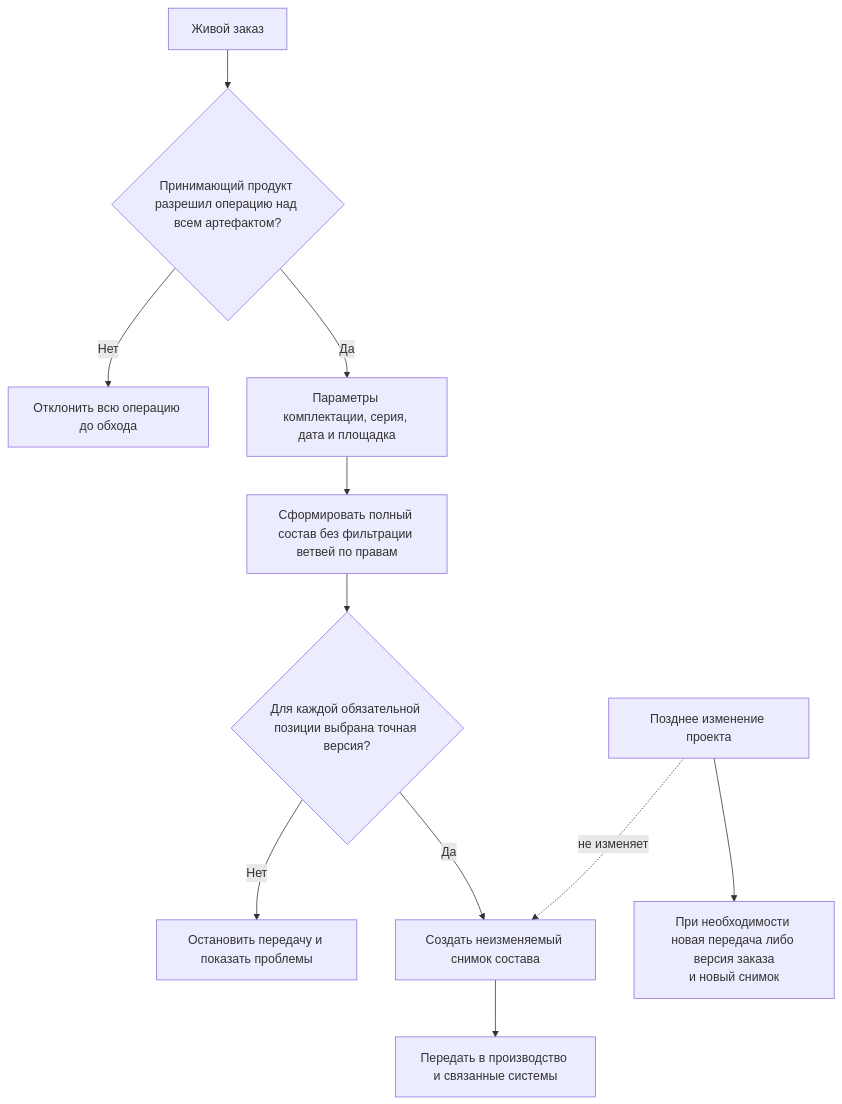
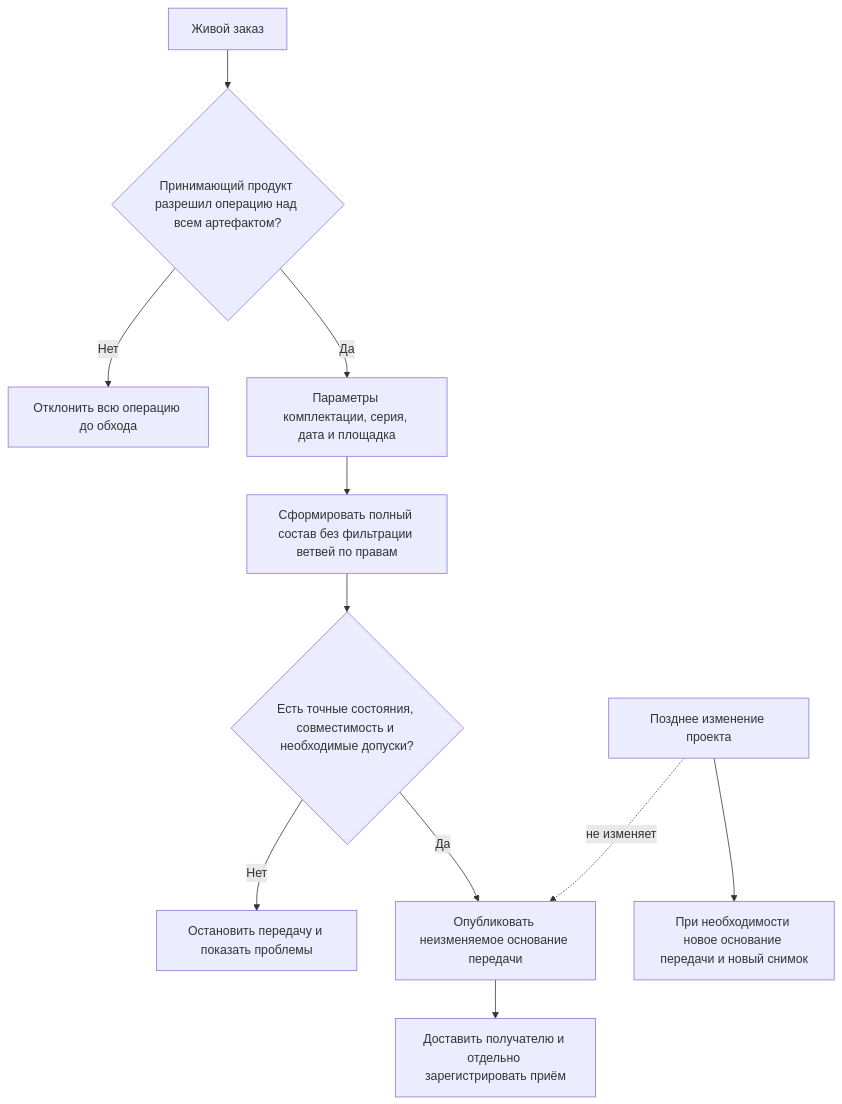
The first of 2 diagrams in wiki/Selection-order-snapshot.md (ZelAnton/Interlink-product-book), drawn with Mermaid before and after one commit. The commit also changed other lines of this file and 231 other files, not shown here.

````diff
--- a/wiki/Selection-order-snapshot.md
+++ b/wiki/Selection-order-snapshot.md
@@ -33,13 +37,13 @@
 ```mermaid
 flowchart TD
     A["Живой заказ"] --> P{"Принимающий продукт разрешил операцию над всем артефактом?"}
     P -->|"Нет"| Q["Отклонить всю операцию до обхода"]
     P -->|"Да"| B["Параметры комплектации, серия, дата и площадка"]
     B --> C["Сформировать полный состав без фильтрации ветвей по правам"]
-    C --> D{"Для каждой обязательной позиции выбрана точная версия?"}
+    C --> D{"Есть точные состояния, совместимость и необходимые допуски?"}
     D -->|Нет| E["Остановить передачу и показать проблемы"]
-    D -->|Да| G["Создать неизменяемый снимок состава"]
-    G --> H["Передать в производство и связанные системы"]
+    D -->|Да| G["Опубликовать неизменяемое основание передачи"]
+    G --> H["Доставить получателю и отдельно зарегистрировать приём"]
     I["Позднее изменение проекта"] -.->|не изменяет| G
-    I --> J["При необходимости новая передача либо версия заказа<br/>и новый снимок"]
+    I --> J["При необходимости новое основание передачи и новый снимок"]
 ```
````
